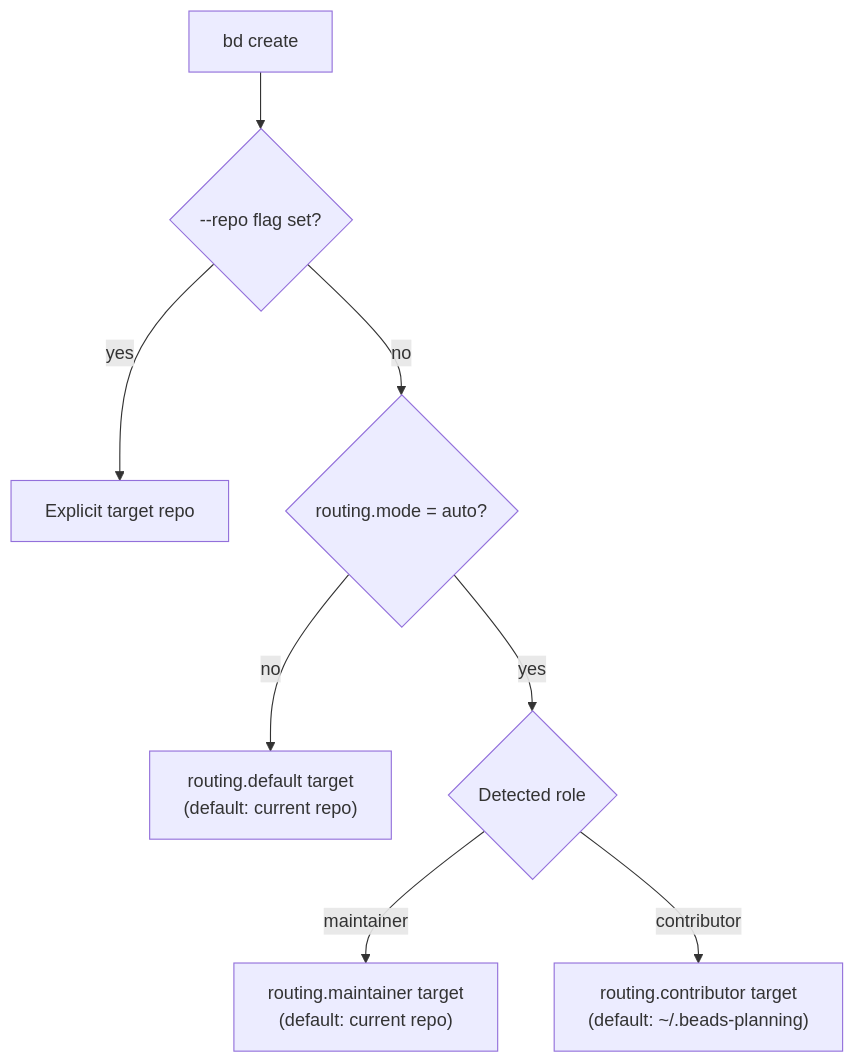
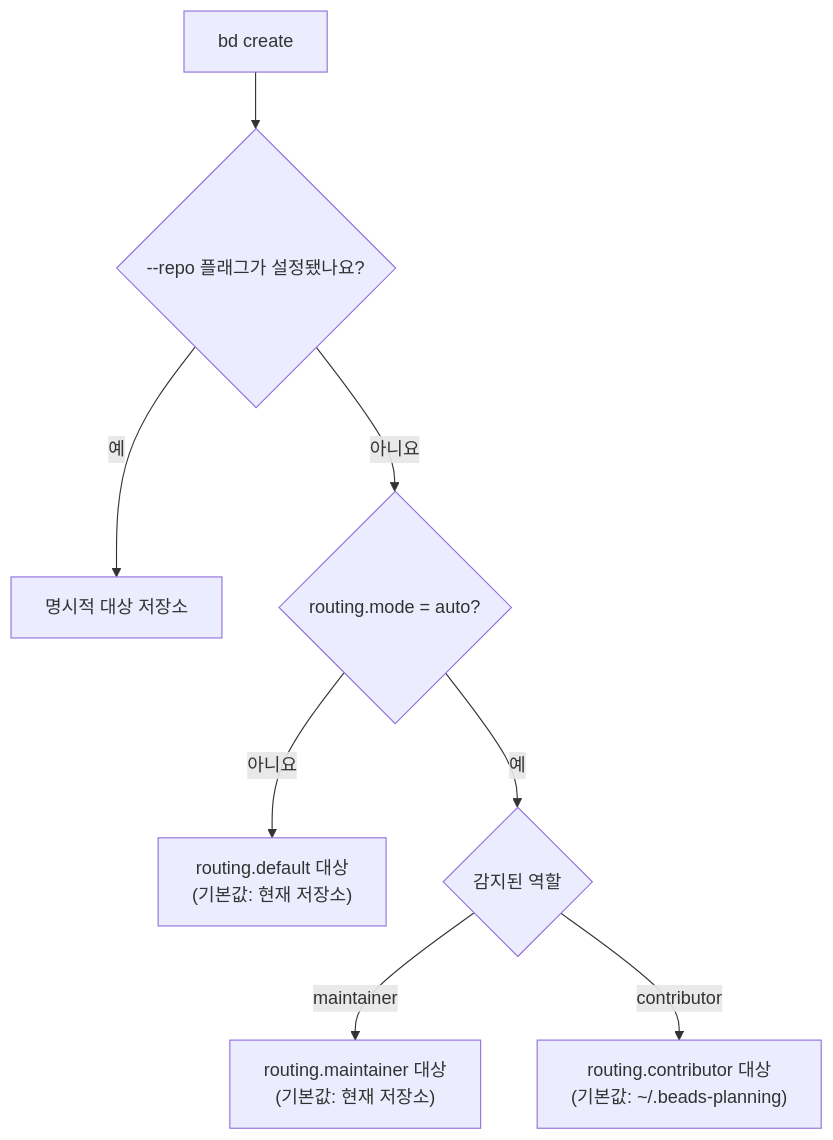
Before and after one commit to gastownhall/beads: the diagram in docs/multi-agent/routing.md, drawn with Mermaid. The commit also changed other lines of this file and 179 other files, not shown here.

````diff
--- a/docs/multi-agent/routing.md
+++ b/docs/multi-agent/routing.md
@@ -35,10 +33,10 @@
 ```mermaid
 flowchart TD
-    A["bd create"] --> B{"--repo flag set?"}
-    B -- "yes" --> C["Explicit target repo"]
-    B -- "no" --> D{"routing.mode = auto?"}
-    D -- "no" --> E["routing.default target<br/>(default: current repo)"]
-    D -- "yes" --> F{"Detected role"}
-    F -- "maintainer" --> G["routing.maintainer target<br/>(default: current repo)"]
-    F -- "contributor" --> H["routing.contributor target<br/>(default: ~/.beads-planning)"]
+    A["bd create"] --> B{"--repo 플래그가 설정됐나요?"}
+    B -- "예" --> C["명시적 대상 저장소"]
+    B -- "아니요" --> D{"routing.mode = auto?"}
+    D -- "아니요" --> E["routing.default 대상<br/>(기본값: 현재 저장소)"]
+    D -- "예" --> F{"감지된 역할"}
+    F -- "maintainer" --> G["routing.maintainer 대상<br/>(기본값: 현재 저장소)"]
+    F -- "contributor" --> H["routing.contributor 대상<br/>(기본값: ~/.beads-planning)"]
 ```
````
